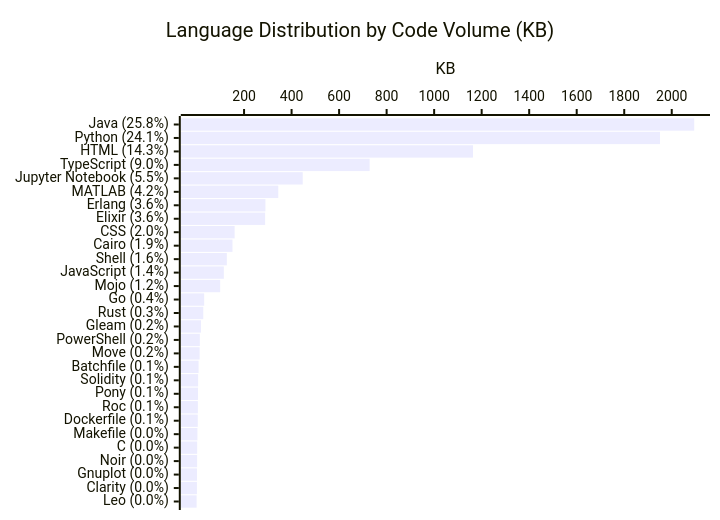
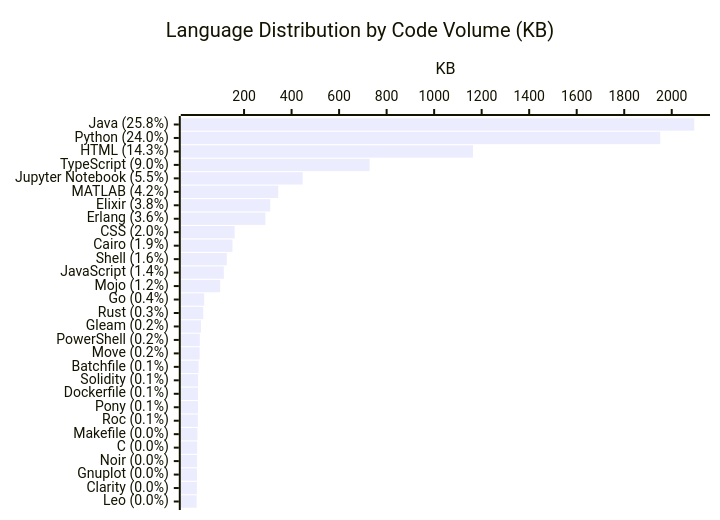
Before and after one commit to KathiraveluLab/.github: the diagram in profile/README.md, drawn with Mermaid. The commit also changed other lines of this file and 1 other file, not shown here.

````diff
--- a/profile/README.md
+++ b/profile/README.md
@@ -67,7 +67,7 @@
 ```mermaid
 xychart-beta horizontal
     title "Language Distribution by Code Volume (KB)"
-    x-axis ["Java (25.8%)", "Python (24.1%)", "HTML (14.3%)", "TypeScript (9.0%)", "Jupyter Notebook (5.5%)", "MATLAB (4.2%)", "Erlang (3.6%)", "Elixir (3.6%)", "CSS (2.0%)", "Cairo (1.9%)", "Shell (1.6%)", "JavaScript (1.4%)", "Mojo (1.2%)", "Go (0.4%)", "Rust (0.3%)", "Gleam (0.2%)", "PowerShell (0.2%)", "Move (0.2%)", "Batchfile (0.1%)", "Solidity (0.1%)", "Pony (0.1%)", "Roc (0.1%)", "Dockerfile (0.1%)", "Makefile (0.0%)", "C (0.0%)", "Noir (0.0%)", "Gnuplot (0.0%)", "Clarity (0.0%)", "Leo (0.0%)"]
+    x-axis ["Java (25.8%)", "Python (24.0%)", "HTML (14.3%)", "TypeScript (9.0%)", "Jupyter Notebook (5.5%)", "MATLAB (4.2%)", "Elixir (3.8%)", "Erlang (3.6%)", "CSS (2.0%)", "Cairo (1.9%)", "Shell (1.6%)", "JavaScript (1.4%)", "Mojo (1.2%)", "Go (0.4%)", "Rust (0.3%)", "Gleam (0.2%)", "PowerShell (0.2%)", "Move (0.2%)", "Batchfile (0.1%)", "Solidity (0.1%)", "Dockerfile (0.1%)", "Pony (0.1%)", "Roc (0.1%)", "Makefile (0.0%)", "C (0.0%)", "Noir (0.0%)", "Gnuplot (0.0%)", "Clarity (0.0%)", "Leo (0.0%)"]
     y-axis "KB"
-    bar [2094.5, 1950.6, 1163.33, 728.35, 446.91, 343.93, 289.93, 288.67, 160.38, 151.31, 127.55, 114.88, 99.52, 32.03, 28.25, 18.9, 13.91, 12.89, 8.48, 6.65, 6.01, 5.51, 5.12, 3.74, 2.58, 2.46, 1.82, 1.53, 0.26]
+    bar [2094.5, 1951.49, 1163.33, 728.35, 446.91, 343.93, 310.2, 289.93, 160.38, 151.31, 127.55, 114.88, 99.52, 32.03, 28.25, 18.9, 13.91, 12.89, 8.48, 6.65, 6.34, 6.01, 5.51, 3.74, 2.58, 2.46, 1.82, 1.53, 0.26]
 ```
````
